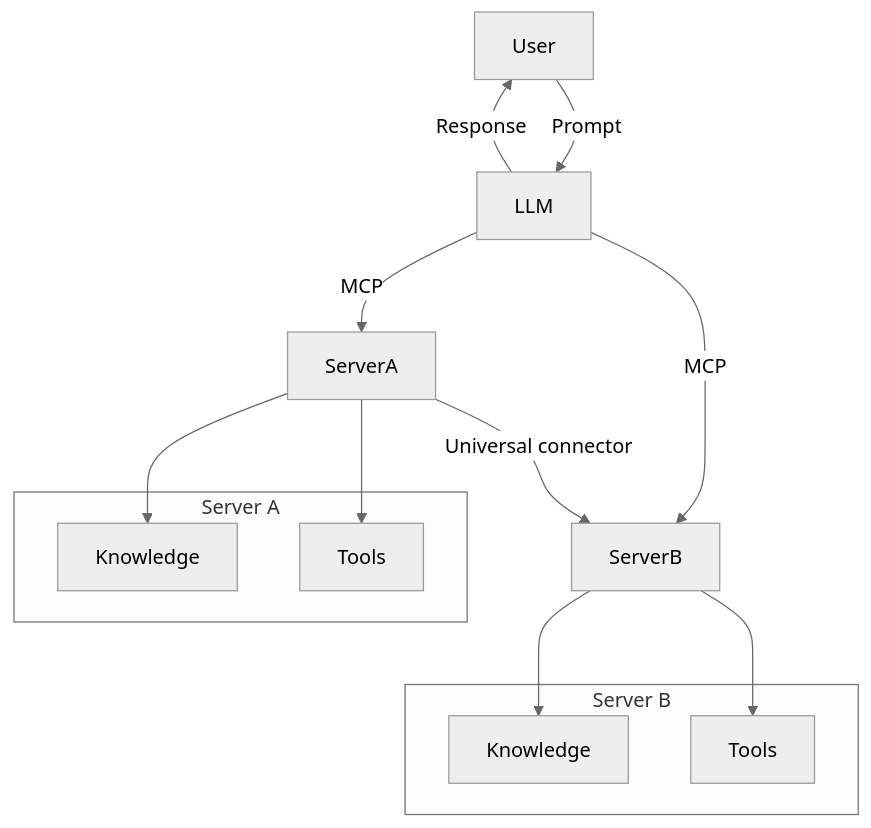
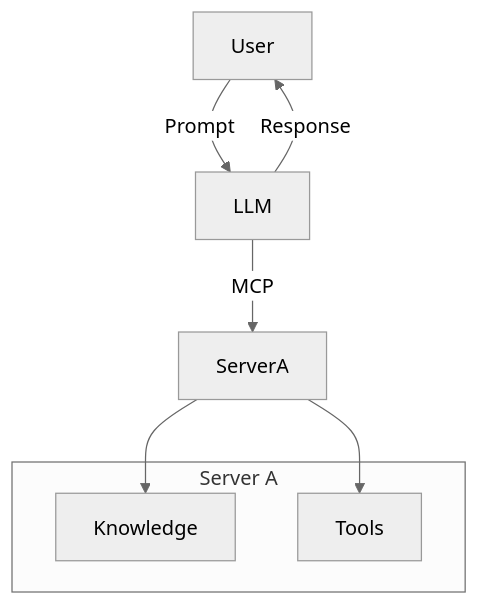
Before and after one commit to MaraniMatias/mcp-and-canvas: the diagram in README.md, drawn with Mermaid (neutral theme).

````diff
--- a/README.md
+++ b/README.md
@@ -13,22 +13,13 @@
 ```mermaid
 graph TD
     User -->|Prompt| LLM
     LLM -->|Response| User
     LLM -->|MCP| ServerA
-    LLM -->|MCP| ServerB
-    ServerA -->|Universal connector| ServerB
     ServerA --> KnowledgeA
     ServerA --> ToolsA
-    ServerB --> KnowledgeB
-    ServerB --> ToolsB
 
     subgraph Server A
         KnowledgeA[Knowledge]
         ToolsA[Tools]
     end
-
-    subgraph Server B
-        KnowledgeB[Knowledge]
-        ToolsB[Tools]
-    end
 ```
````
